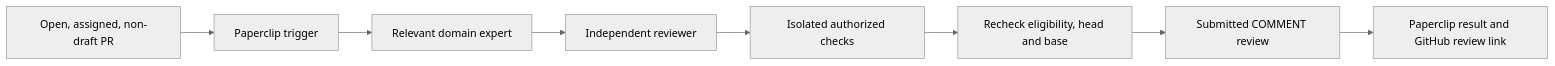
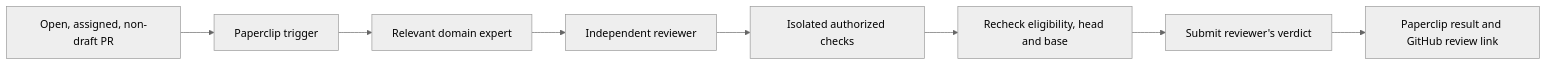
The diagram in projects/paperclip-pr-review/prd.md (Zhachory1/docs), drawn with Mermaid (neutral theme) before and after one commit. The commit also changed other lines of this file, not shown here.

Commit message:
docs: support reviewer verdicts and distinguish blocking findings

````diff
--- a/projects/paperclip-pr-review/prd.md
+++ b/projects/paperclip-pr-review/prd.md
@@ -92,10 +97,10 @@
 ```mermaid
 flowchart LR
     PR["Open, assigned, non-draft PR"] --> Trigger["Paperclip trigger"]
     Trigger --> Expert["Relevant domain expert"]
     Expert --> Reviewer["Independent reviewer"]
     Reviewer --> Sandbox["Isolated authorized checks"]
     Sandbox --> Recheck["Recheck eligibility, head and base"]
-    Recheck --> Review["Submitted COMMENT review"]
+    Recheck --> Review["Submit reviewer's verdict"]
     Review --> Record["Paperclip result and GitHub review link"]
 ```
````
